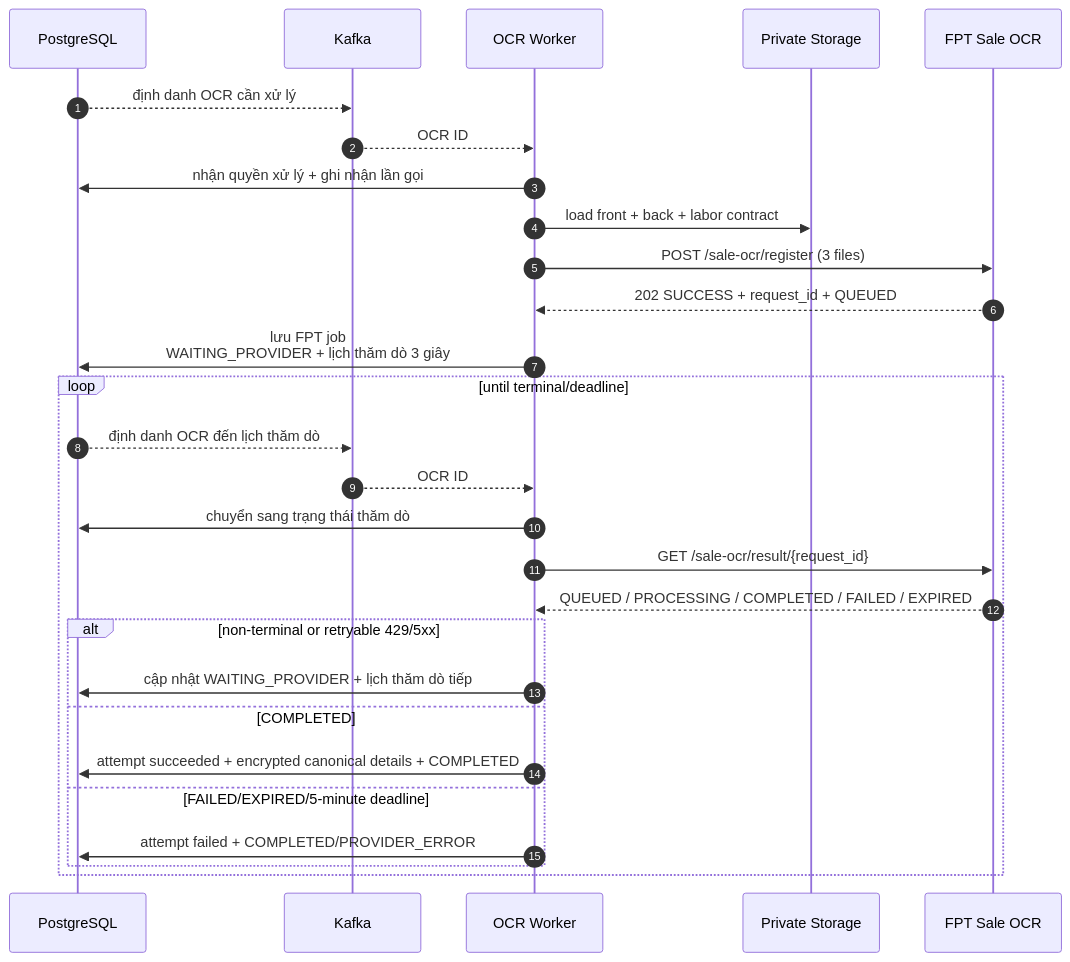
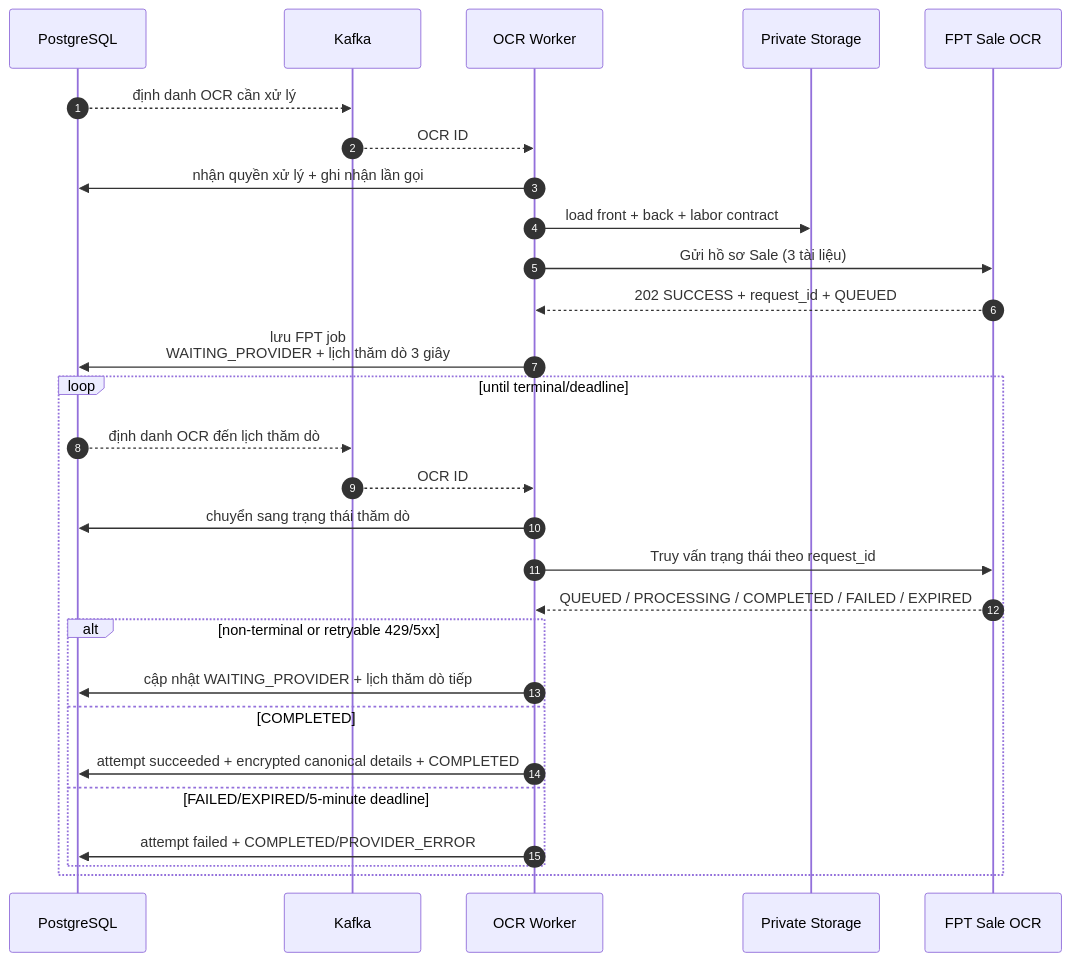
The tenth of 12 diagrams in tdd-ocr-ekyc.md (huynv-xyz/vhm), drawn with Mermaid before and after one commit. The commit also changed other lines of this file, not shown here.

````diff
--- a/tdd-ocr-ekyc.md
+++ b/tdd-ocr-ekyc.md
@@ -920,32 +920,32 @@
 ```mermaid
 sequenceDiagram
     autonumber
     participant D as PostgreSQL
     participant K as Kafka
     participant W as OCR Worker
     participant S as Private Storage
     participant F as FPT Sale OCR
 
     D-->>K: định danh OCR cần xử lý
     K-->>W: OCR ID
     W->>D: nhận quyền xử lý + ghi nhận lần gọi
     W->>S: load front + back + labor contract
-    W->>F: POST /sale-ocr/register (3 files)
+    W->>F: Gửi hồ sơ Sale (3 tài liệu)
     F-->>W: 202 SUCCESS + request_id + QUEUED
     W->>D: lưu FPT job<br/>WAITING_PROVIDER + lịch thăm dò 3 giây
 
     loop until terminal/deadline
         D-->>K: định danh OCR đến lịch thăm dò
         K-->>W: OCR ID
         W->>D: chuyển sang trạng thái thăm dò
-        W->>F: GET /sale-ocr/result/{request_id}
+        W->>F: Truy vấn trạng thái theo request_id
         F-->>W: QUEUED / PROCESSING / COMPLETED / FAILED / EXPIRED
         alt non-terminal or retryable 429/5xx
             W->>D: cập nhật WAITING_PROVIDER + lịch thăm dò tiếp
         else COMPLETED
             W->>D: attempt succeeded + encrypted canonical details + COMPLETED
         else FAILED/EXPIRED/5-minute deadline
             W->>D: attempt failed + COMPLETED/PROVIDER_ERROR
         end
     end
 ```
````
